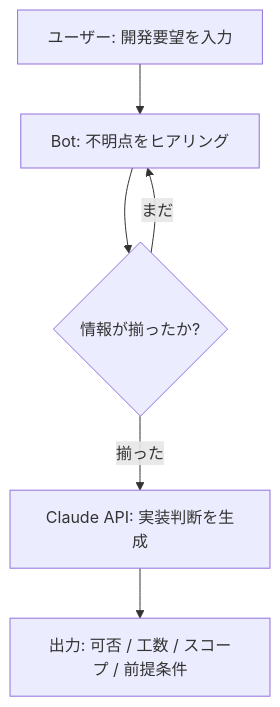
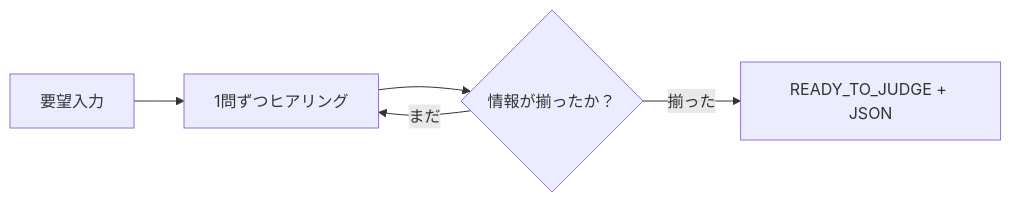
One commit to liatris000/zenn_create changed the diagram in articles/20260504-dev-intake-bot.md. Above: the diagram before and after it, drawn with Mermaid. The commit also changed other lines of this file and 1 other file, not shown here.

````diff
--- a/articles/20260504-dev-intake-bot.md
+++ b/articles/20260504-dev-intake-bot.md
@@ -33,8 +36,7 @@
 ```mermaid
-flowchart TD
-    A[ユーザー: 開発要望を入力] --> B[Bot: 不明点をヒアリング]
-    B --> C{情報が揃ったか?}
+flowchart LR
+    A[要望入力] --> B[1問ずつヒアリング]
+    B --> C{情報が揃ったか？}
     C -- まだ --> B
-    C -- 揃った --> D[Claude API: 実装判断を生成]
-    D --> E[出力: 可否 / 工数 / スコープ / 前提条件]
+    C -- 揃った --> D[READY_TO_JUDGE + JSON]
 ```
````
